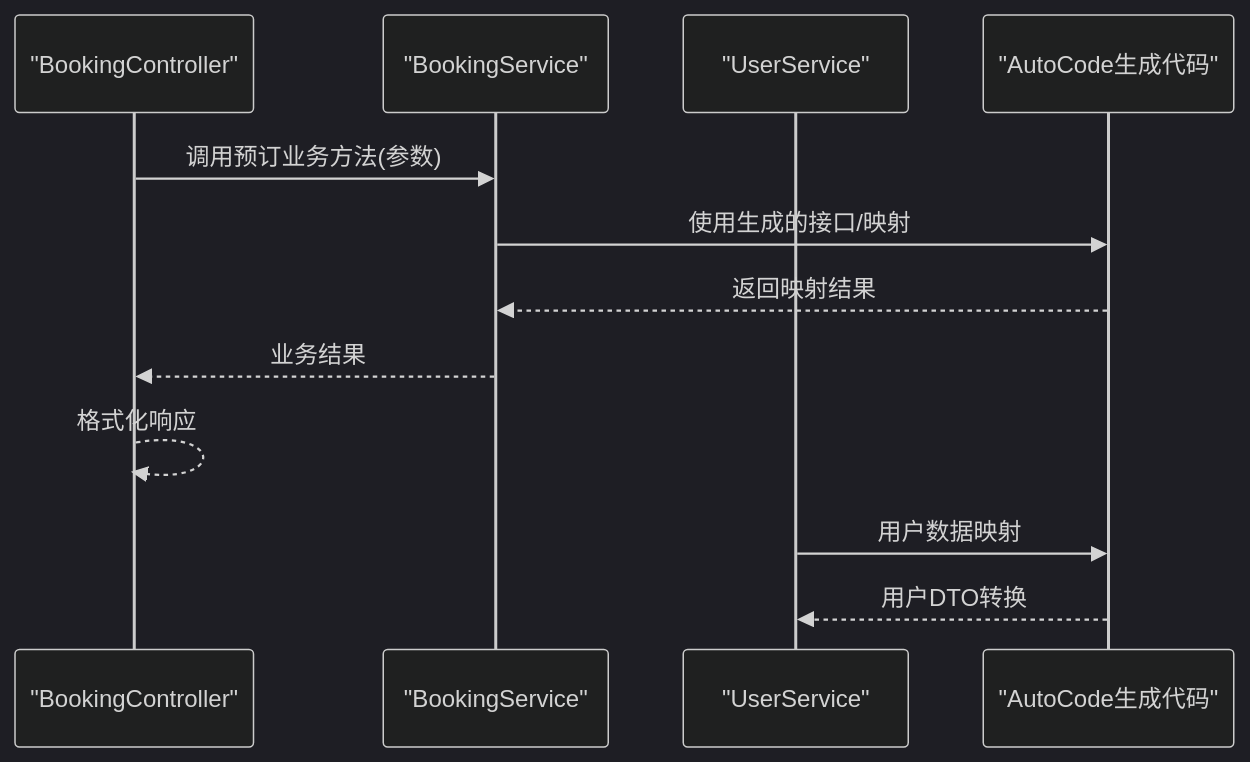
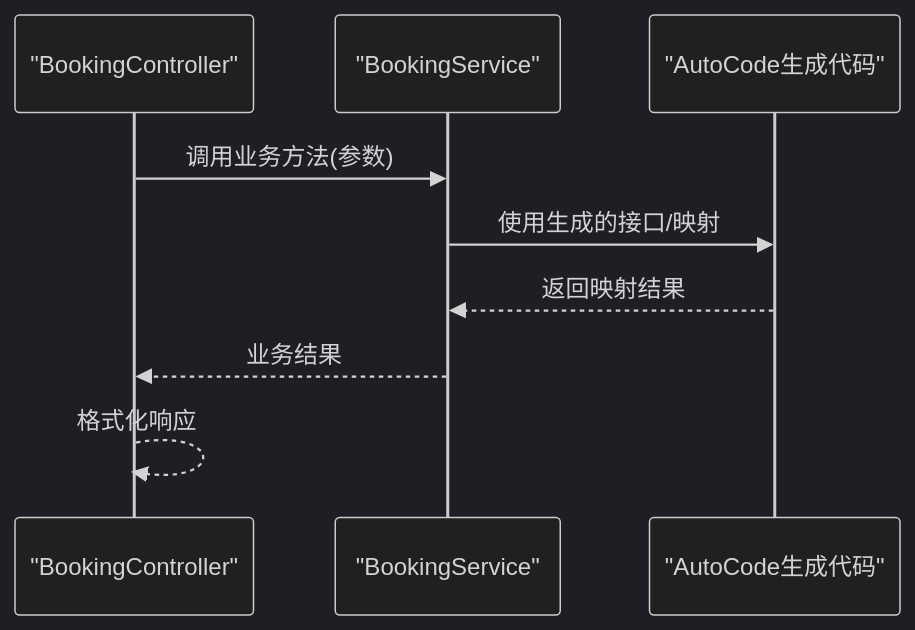
One commit to alivy/AutoCode changed the fifth of 8 diagrams in .qoder/repowiki/zh/content/Web API集成/Web API集成.md. Above: the diagram before and after it, drawn with Mermaid (dark theme). The commit also changed other lines of this file and 152 other files, not shown here.

````diff
--- a/.qoder/repowiki/zh/content/Web API集成/Web API集成.md
+++ b/.qoder/repowiki/zh/content/Web API集成/Web API集成.md
@@ -304,14 +278,11 @@
 ```mermaid
 sequenceDiagram
 participant C as "BookingController"
 participant S as "BookingService"
-participant U as "UserService"
 participant G as "AutoCode生成代码"
-C->>S : 调用预订业务方法(参数)
+C->>S : 调用业务方法(参数)
 S->>G : 使用生成的接口/映射
 G-->>S : 返回映射结果
 S-->>C : 业务结果
 C-->>C : 格式化响应
-U->>G : 用户数据映射
-G-->>U : 用户DTO转换
 ```
````
